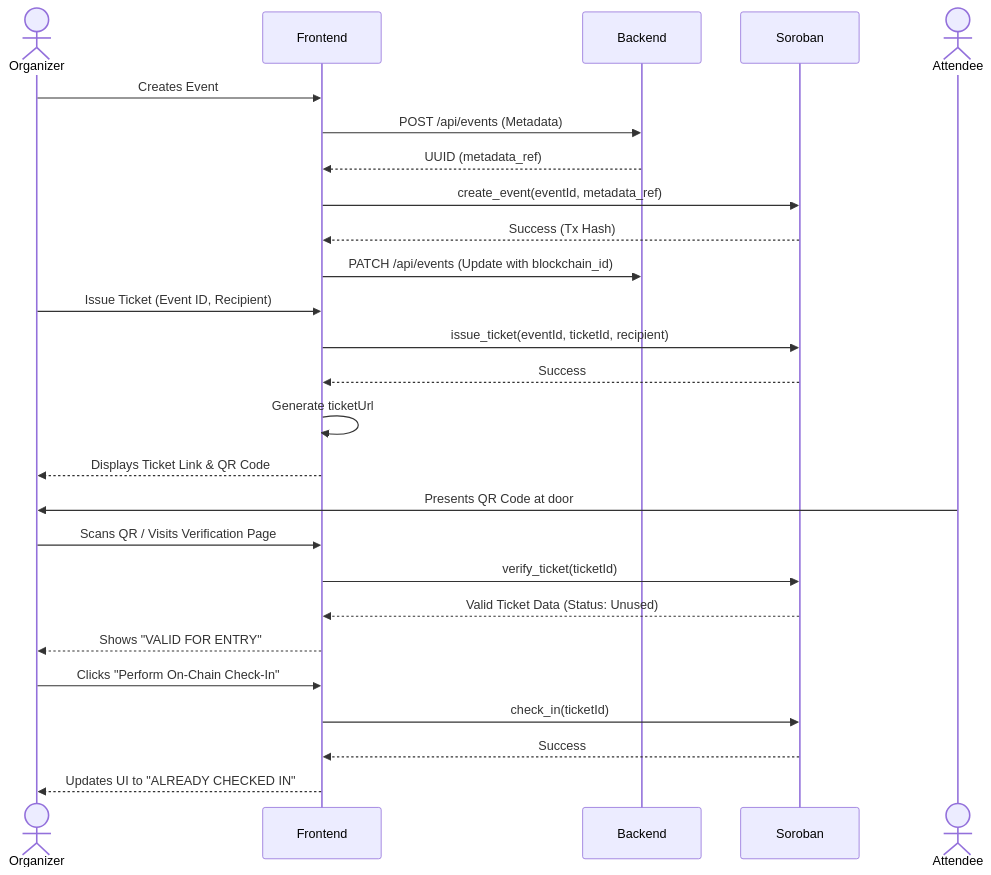
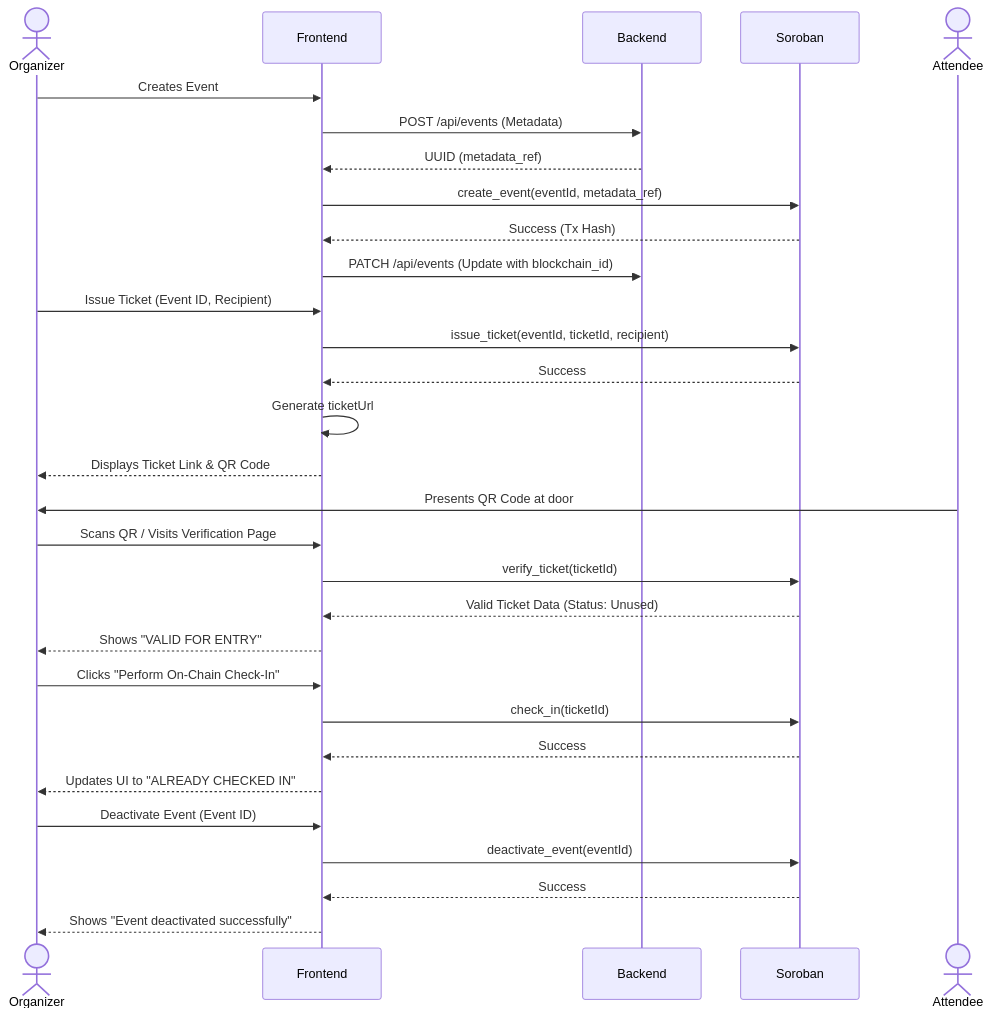
One commit to iamtjbest/StellarPass changed the diagram in docs/TICKETING_FLOW.md. Above: the diagram before and after it, drawn with Mermaid. The commit also changed other lines of this file and 3 other files, not shown here.

````diff
--- a/docs/TICKETING_FLOW.md
+++ b/docs/TICKETING_FLOW.md
@@ -7,35 +7,41 @@
 ```mermaid
 sequenceDiagram
     actor Organizer
     participant Frontend
     participant Backend
     participant Soroban
     actor Attendee
 
     %% Event Creation
     Organizer->>Frontend: Creates Event
     Frontend->>Backend: POST /api/events (Metadata)
     Backend-->>Frontend: UUID (metadata_ref)
     Frontend->>Soroban: create_event(eventId, metadata_ref)
     Soroban-->>Frontend: Success (Tx Hash)
     Frontend->>Backend: PATCH /api/events (Update with blockchain_id)
-    
+
     %% Ticket Issuance
     Organizer->>Frontend: Issue Ticket (Event ID, Recipient)
     Frontend->>Soroban: issue_ticket(eventId, ticketId, recipient)
     Soroban-->>Frontend: Success
     Frontend->>Frontend: Generate ticketUrl
     Frontend-->>Organizer: Displays Ticket Link & QR Code
-    
+
     %% Verification & Check-In
     Attendee->>Organizer: Presents QR Code at door
     Organizer->>Frontend: Scans QR / Visits Verification Page
     Frontend->>Soroban: verify_ticket(ticketId)
     Soroban-->>Frontend: Valid Ticket Data (Status: Unused)
     Frontend-->>Organizer: Shows "VALID FOR ENTRY"
-    
+
     Organizer->>Frontend: Clicks "Perform On-Chain Check-In"
     Frontend->>Soroban: check_in(ticketId)
     Soroban-->>Frontend: Success
     Frontend-->>Organizer: Updates UI to "ALREADY CHECKED IN"
+
+    %% Event Deactivation
+    Organizer->>Frontend: Deactivate Event (Event ID)
+    Frontend->>Soroban: deactivate_event(eventId)
+    Soroban-->>Frontend: Success
+    Frontend-->>Organizer: Shows "Event deactivated successfully"
 ```
````
